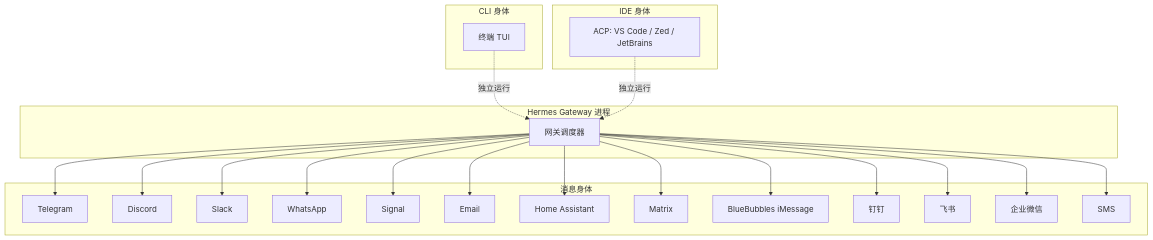
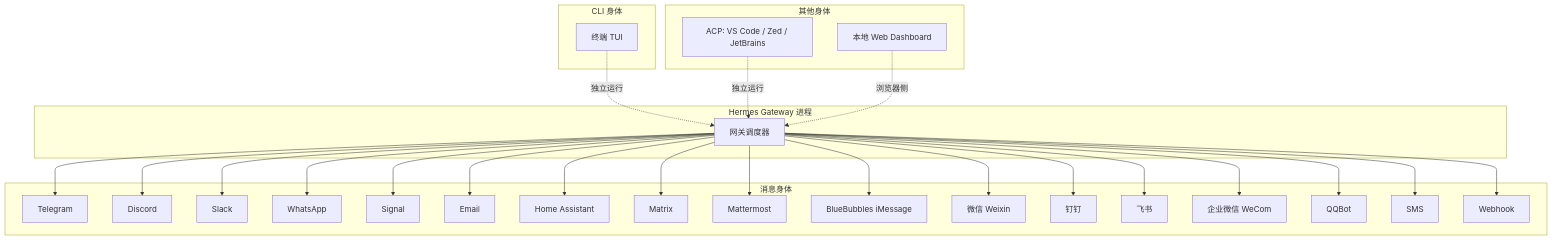
Before and after one commit to BeamusWayne/hermes-agent-guide: the third of 6 diagrams in docs/part-1-entry/01-the-five-pillars.md, drawn with Mermaid. The commit also changed other lines of this file and 15 other files, not shown here.

````diff
--- a/docs/part-1-entry/01-the-five-pillars.md
+++ b/docs/part-1-entry/01-the-five-pillars.md
@@ -95,34 +95,40 @@
 ```mermaid
 graph TB
     subgraph "Hermes Gateway 进程"
         G[网关调度器]
     end
 
     subgraph "消息身体"
         T[Telegram]
         D[Discord]
         S[Slack]
         W[WhatsApp]
         SG[Signal]
         E[Email]
         HA[Home Assistant]
         M[Matrix]
+        MM[Mattermost]
         BB[BlueBubbles iMessage]
+        WX[微信 Weixin]
         DT[钉钉]
         FS[飞书]
-        WC[企业微信]
+        WC[企业微信 WeCom]
+        QQ[QQBot]
         SMS[SMS]
+        WH[Webhook]
     end
 
     subgraph "CLI 身体"
         C[终端 TUI]
     end
 
-    subgraph "IDE 身体"
+    subgraph "其他身体"
         A[ACP: VS Code / Zed / JetBrains]
+        WD[本地 Web Dashboard]
     end
 
-    G --> T & D & S & W & SG & E & HA & M & BB & DT & FS & WC & SMS
+    G --> T & D & S & W & SG & E & HA & M & MM & BB & WX & DT & FS & WC & QQ & SMS & WH
     C -.独立运行.-> G
     A -.独立运行.-> G
+    WD -.浏览器侧.-> G
 ```
````
